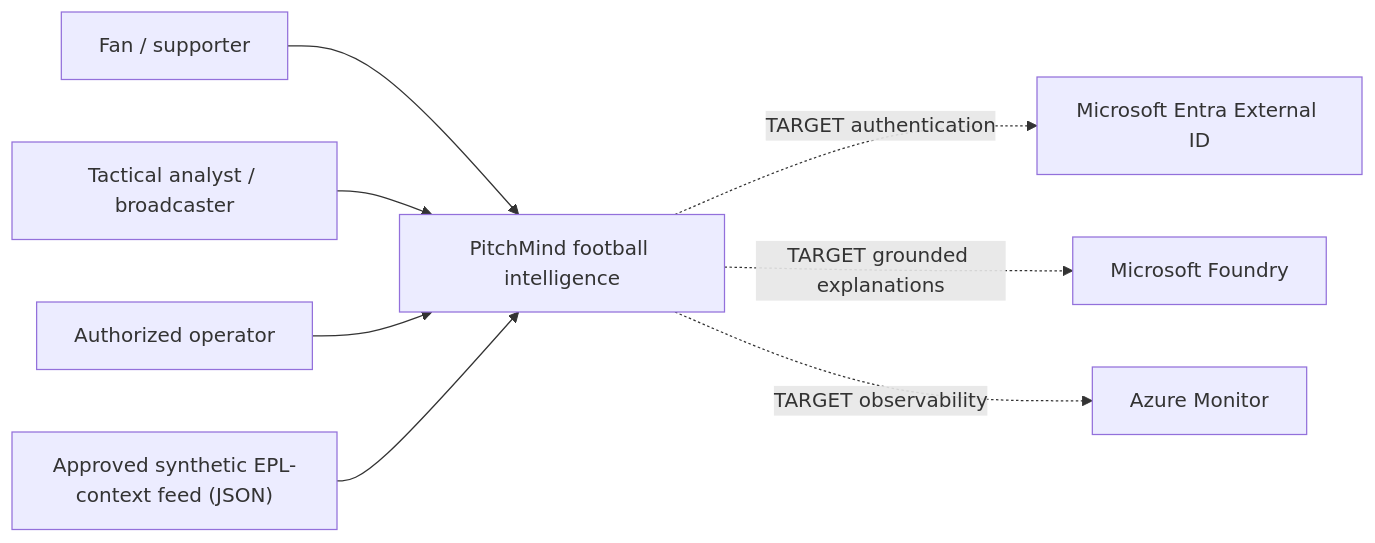
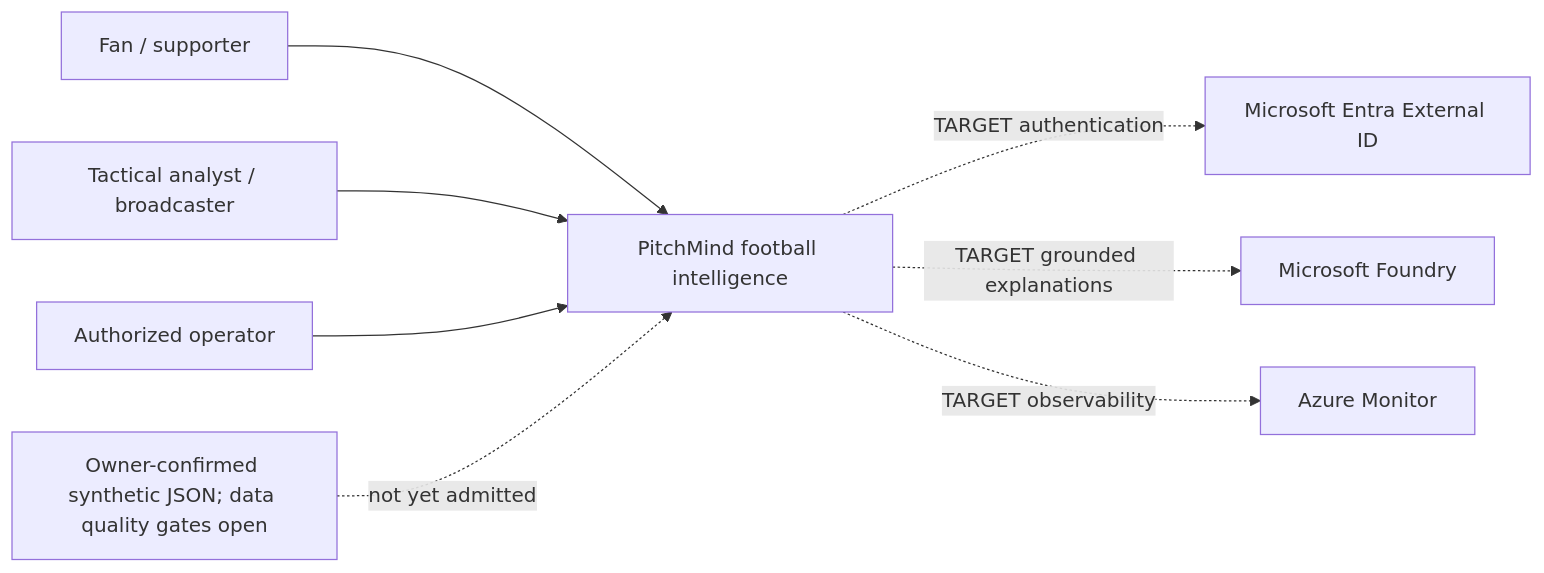
Before and after one commit to prateekgangopadhyay/PitchMind: the diagram in docs/architecture/01-system-context.md, drawn with Mermaid. The commit also changed other lines of this file and 30 other files, not shown here.

````diff
--- a/docs/architecture/01-system-context.md
+++ b/docs/architecture/01-system-context.md
@@ -5,10 +5,10 @@
 ```mermaid
 flowchart LR
   Fan["Fan / supporter"] --> PM["PitchMind football intelligence"]
   Analyst["Tactical analyst / broadcaster"] --> PM
   Operator["Authorized operator"] --> PM
-  JSON["Approved synthetic EPL-context feed (JSON)"] --> PM
+  JSON["Owner-confirmed synthetic JSON; data quality gates open"] -. "not yet admitted" .-> PM
   PM -. "TARGET authentication" .-> Entra["Microsoft Entra External ID"]
   PM -. "TARGET grounded explanations" .-> Foundry["Microsoft Foundry"]
   PM -. "TARGET observability" .-> Azure["Azure Monitor"]
 ```
````
